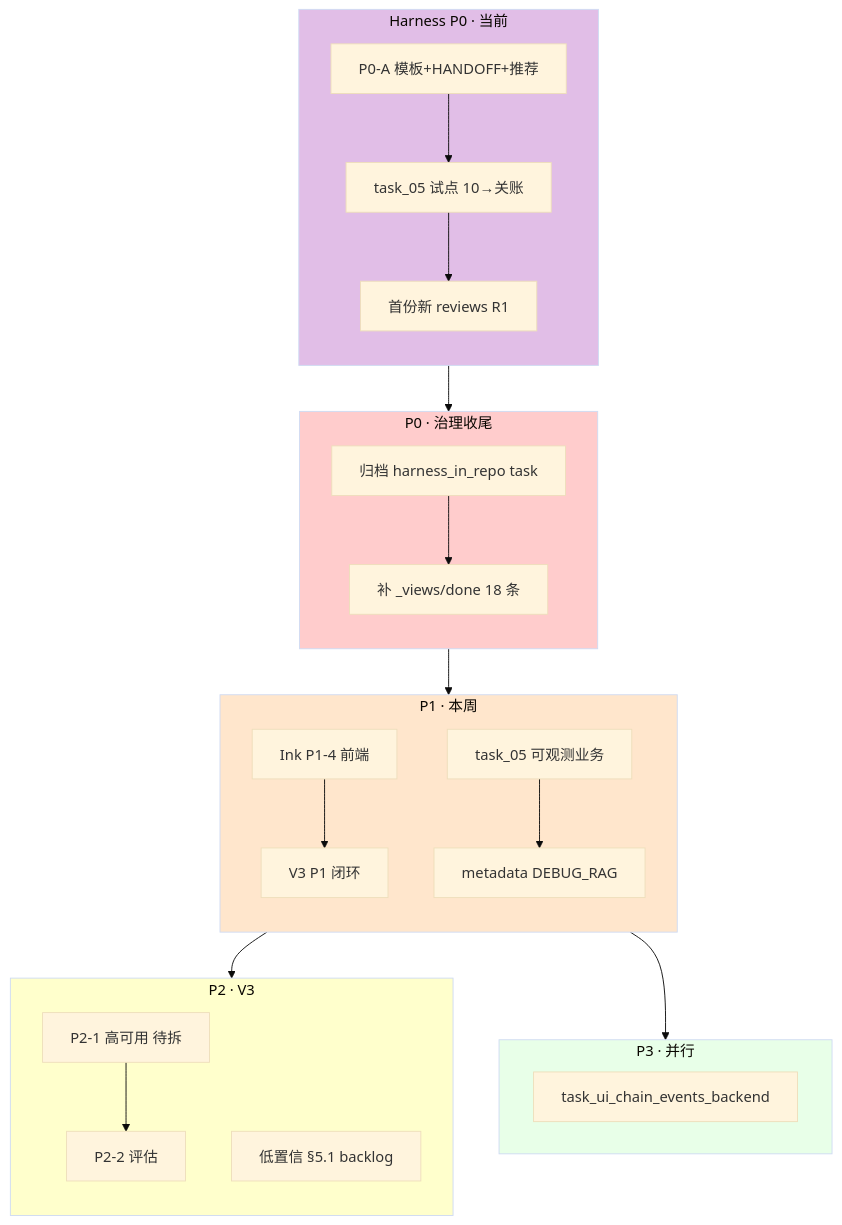
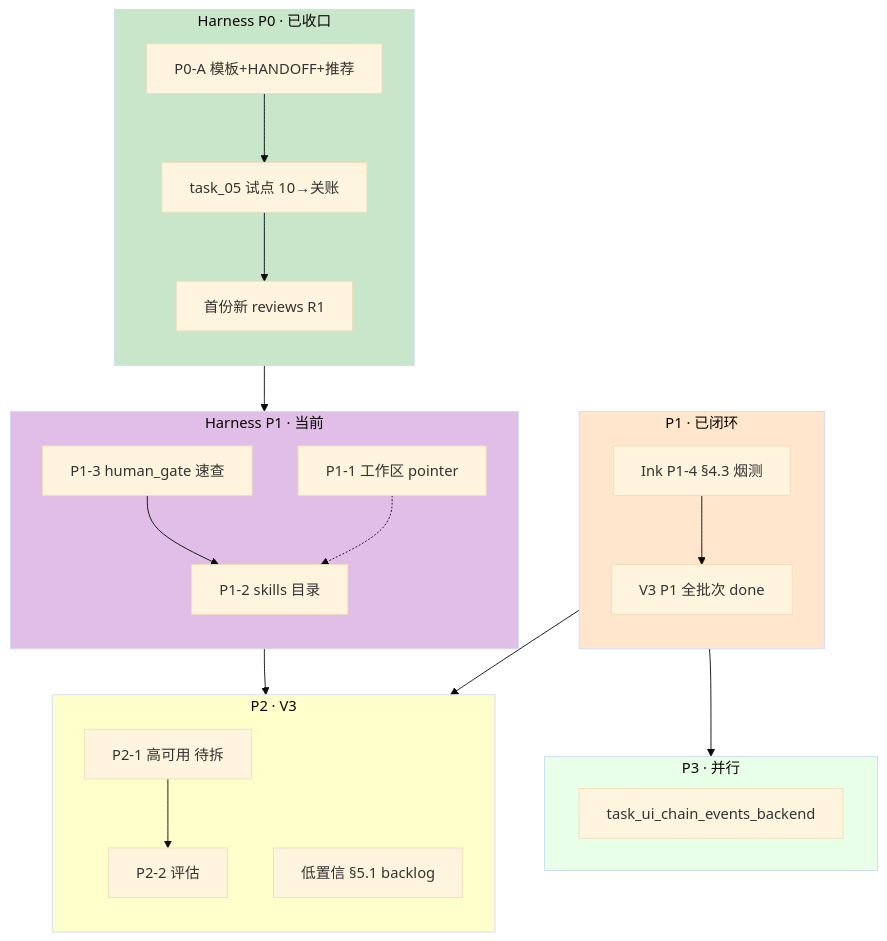
Before and after one commit to Cyning12/ai-ink-brain-api-python: the first of 2 diagrams in docs/tasks/RECENT_TASK_SCHEDULE.md, drawn with Mermaid (base theme). The commit also changed other lines of this file, not shown here.

Commit message:
docs(tasks): 排期同步 P0 收口、Ink P1-4 烟测与 Harness P1 下一棒

````diff
--- a/docs/tasks/RECENT_TASK_SCHEDULE.md
+++ b/docs/tasks/RECENT_TASK_SCHEDULE.md
@@ -112,40 +109,40 @@
 ```mermaid
 flowchart TD
-    subgraph H0["Harness P0 · 当前"]
+    subgraph H0["Harness P0 · 已收口"]
         direction TB
         HA[P0-A 模板+HANDOFF+推荐] --> HB[task_05 试点 10→关账]
         HB --> HR[首份新 reviews R1]
     end
 
-    subgraph P0["P0 · 治理收尾"]
+    subgraph H1["Harness P1 · 当前"]
         direction TB
-        HARV[归档 harness_in_repo task] --> INDEX[补 _views/done 18 条]
+        P13[P1-3 human_gate 速查] --> P12[P1-2 skills 目录]
+        P11[P1-1 工作区 pointer] -.-> P12
     end
 
-    subgraph P1["P1 · 本周"]
+    subgraph P1["P1 · 已闭环"]
         direction TB
-        INK[Ink P1-4 前端] --> P1CLOSE[V3 P1 闭环]
-        T05[task_05 可观测业务] --> LOGS[metadata DEBUG_RAG]
+        INK[Ink P1-4 §4.3 烟测] --> P1CLOSE[V3 P1 全批次 done]
     end
 
     subgraph P2["P2 · V3"]
         direction TB
         P21[P2-1 高可用 待拆] --> P22[P2-2 评估]
         LC5[低置信 §5.1 backlog]
     end
 
     subgraph P3["P3 · 并行"]
         CHAIN[task_ui_chain_events_backend]
     end
 
-    H0 --> P0
-    P0 --> P1
+    H0 --> H1
+    H1 --> P2
     P1 --> P2
     P1 --> P3
 
-    style H0 fill:#e1bee7
-    style P0 fill:#ffcccc
+    style H0 fill:#c8e6c9
+    style H1 fill:#e1bee7
     style P1 fill:#ffe6cc
     style P2 fill:#ffffcc
     style P3 fill:#e8ffe8
 ```
````
